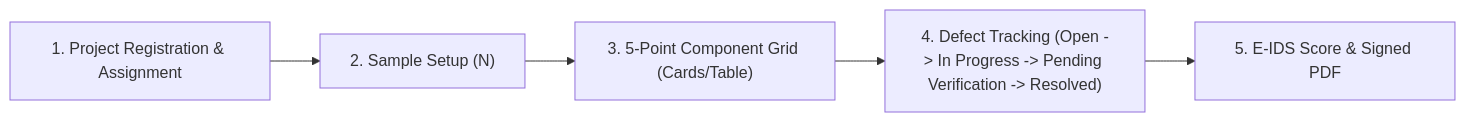
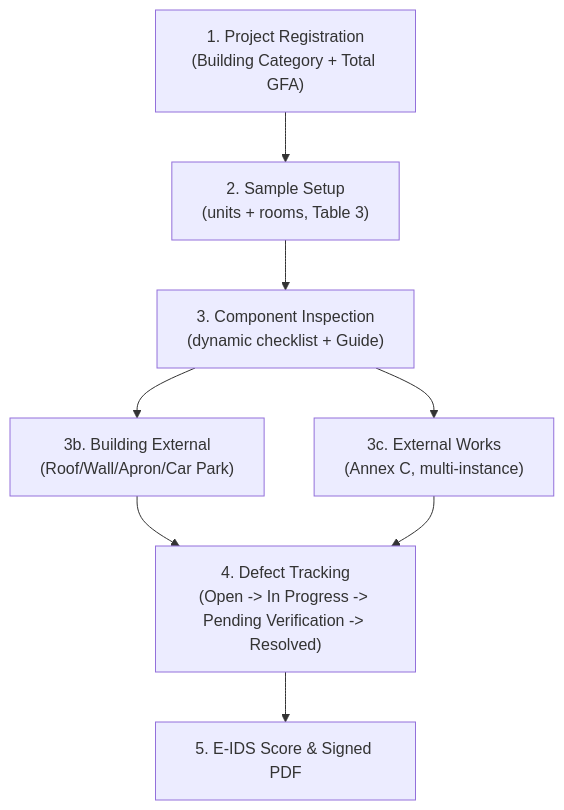
One commit to muqrizmarzuki/eidsv2 changed the first of 4 diagrams in docs/USER_MANUAL.md. Above: the diagram before and after it, drawn with Mermaid. The commit also changed other lines of this file and 19 other files, not shown here.

````diff
--- a/docs/USER_MANUAL.md
+++ b/docs/USER_MANUAL.md
@@ -16,7 +16,10 @@
 ```mermaid
-flowchart LR
-    A["1. Project Registration & Assignment"] --> B["2. Sample Setup (N)"]
-    B --> C["3. 5-Point Component Grid (Cards/Table)"]
-    C --> D["4. Defect Tracking (Open -> In Progress -> Pending Verification -> Resolved)"]
-    D --> E["5. E-IDS Score & Signed PDF"]
+flowchart TD
+    A["1. Project Registration<br/>(Building Category + Total GFA)"] --> B["2. Sample Setup<br/>(units + rooms, Table 3)"]
+    B --> C["3. Component Inspection<br/>(dynamic checklist + Guide)"]
+    C --> D["3b. Building External<br/>(Roof/Wall/Apron/Car Park)"]
+    C --> E["3c. External Works<br/>(Annex C, multi-instance)"]
+    D --> F["4. Defect Tracking<br/>(Open -> In Progress -> Pending Verification -> Resolved)"]
+    E --> F
+    F --> G["5. E-IDS Score & Signed PDF"]
 ```
````
